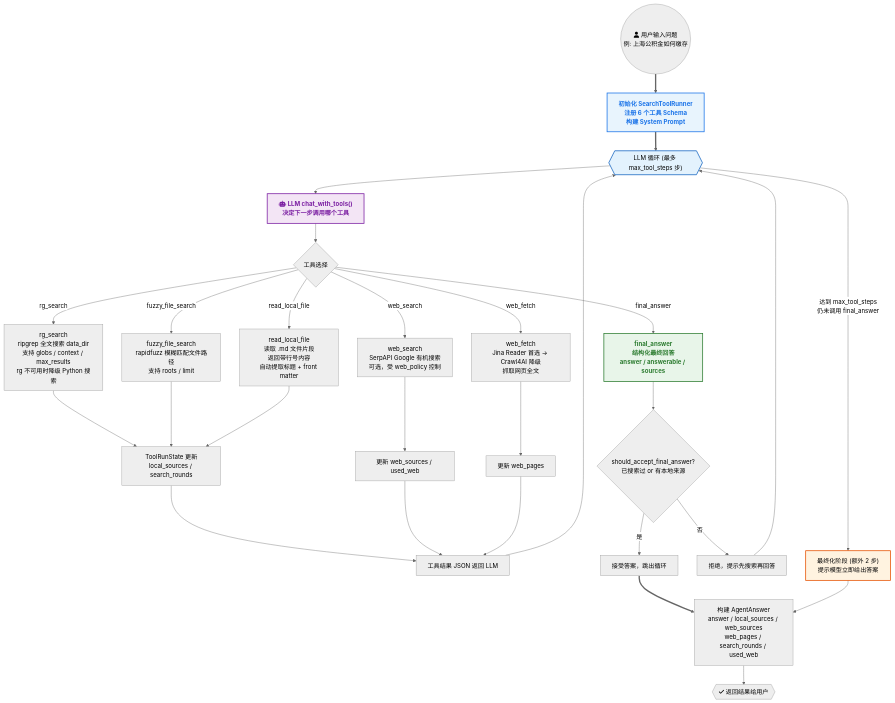
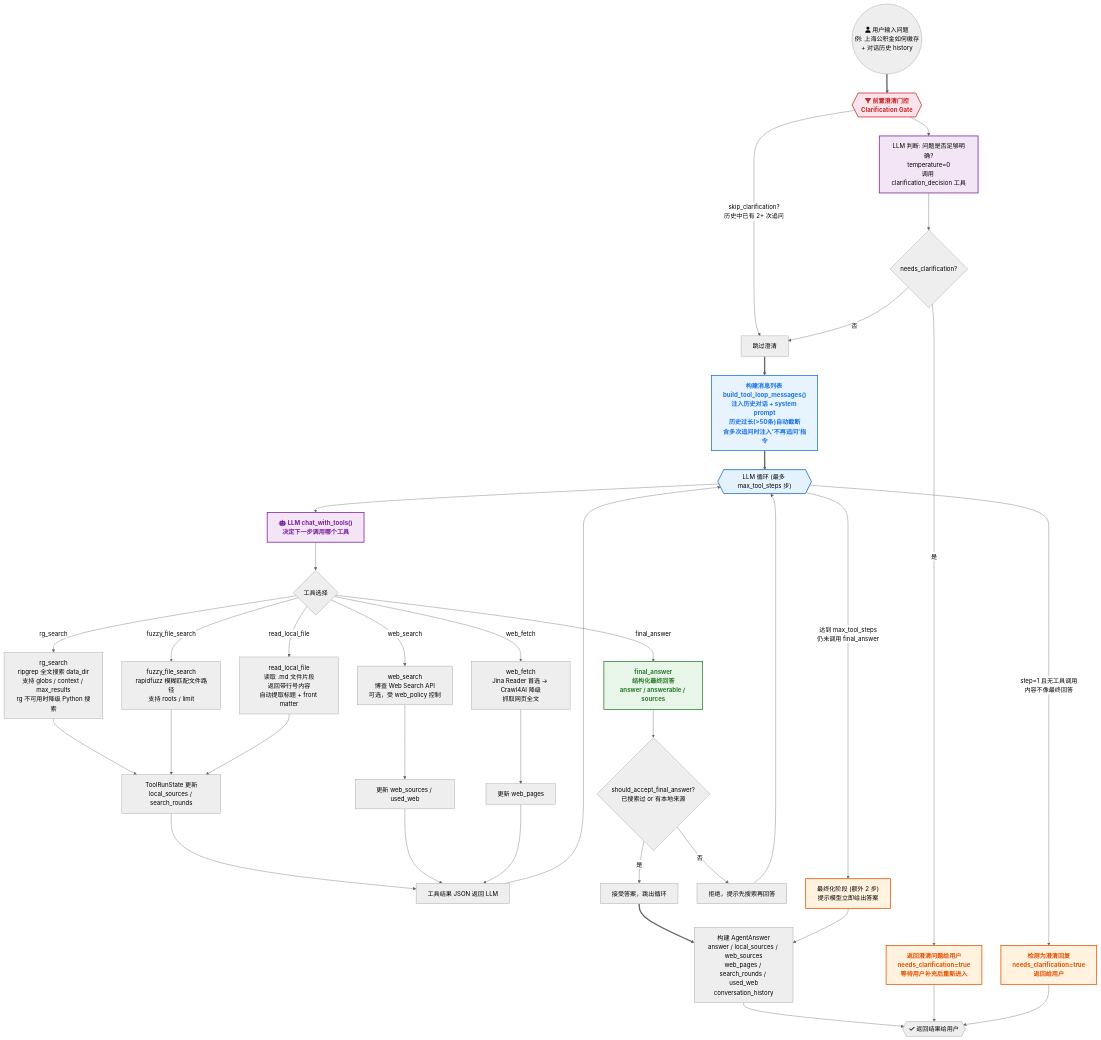
The second of 8 diagrams in 项目流程图.md (taohong000/search_agent), drawn with Mermaid (neutral theme) before and after one commit. The commit also changed other lines of this file and 2 other files, not shown here.

Commit message:
Enhance clarification system prompt to require region for local policy questions and update related tests. Improve flowchart documentation with additional clarification gate and conversation history features.

````diff
--- a/项目流程图.md
+++ b/项目流程图.md
@@ -41,49 +41,67 @@
 ```mermaid
 flowchart TD
-    User(("fa:fa-user 用户输入问题<br>例: 上海公积金如何缴存"))
+    User(("fa:fa-user 用户输入问题<br>例: 上海公积金如何缴存<br>+ 对话历史 history"))
 
-    User ==> Init["初始化 SearchToolRunner<br>注册 6 个工具 Schema<br>构建 System Prompt"]
+    User ==> Gate{{"fa:fa-filter 前置澄清门控<br>Clarification Gate"}}
+
+    Gate -->|"skip_clarification?<br>历史中已有 2+ 次追问"| SkipGate["跳过澄清"]
+    Gate --> GateLLM["LLM 判断: 问题是否足够明确?<br>temperature=0<br>调用 clarification_decision 工具"]
+
+    GateLLM --> GateDecision{"needs_clarification?"}
+    GateDecision -- "是" --> Clarify["返回澄清问题给用户<br>needs_clarification=true<br>等待用户补充后重新进入"]
+    GateDecision -- "否" --> SkipGate
+
+    SkipGate ==> Init["构建消息列表 build_tool_loop_messages()<br>注入历史对话 + system prompt<br>历史过长(>50条)自动截断<br>含多次追问时注入'不再追问'指令"]
 
     Init ==> Loop{{"LLM 循环 (最多 max_tool_steps 步)"}}
 
     Loop --> LLM["fa:fa-robot LLM chat_with_tools()<br>决定下一步调用哪个工具"]
 
     LLM --> ToolChoice{"工具选择"}
 
     ToolChoice -->|"rg_search"| RG["rg_search<br>ripgrep 全文搜索 data_dir<br>支持 globs / context / max_results<br>rg 不可用时降级 Python 搜索"]
     ToolChoice -->|"fuzzy_file_search"| FUZZ["fuzzy_file_search<br>rapidfuzz 模糊匹配文件路径<br>支持 roots / limit"]
     ToolChoice -->|"read_local_file"| READ["read_local_file<br>读取 .md 文件片段<br>返回带行号内容<br>自动提取标题 + front matter"]
-    ToolChoice -->|"web_search"| WS["web_search<br>SerpAPI Google 有机搜索<br>可选，受 web_policy 控制"]
+    ToolChoice -->|"web_search"| WS["web_search<br>博查 Web Search API<br>可选，受 web_policy 控制"]
     ToolChoice -->|"web_fetch"| WF["web_fetch<br>Jina Reader 首选 → Crawl4AI 降级<br>抓取网页全文"]
     ToolChoice -->|"final_answer"| FA["final_answer<br>结构化最终回答<br>answer / answerable / sources"]
 
     RG --> State["ToolRunState 更新<br>local_sources / search_rounds"]
     FUZZ --> State
     READ --> State
     WS --> WSState["更新 web_sources / used_web"]
     WF --> WFState["更新 web_pages"]
 
     State --> Result["工具结果 JSON 返回 LLM"]
     WSState --> Result
     WFState --> Result
 
     Result --> Loop
 
+    Loop -->|"step=1 且无工具调用<br>内容不像最终回答"| Step1Clarify["检测为澄清回复<br>needs_clarification=true<br>返回给用户"]
+
     FA --> Validate{"should_accept_final_answer?<br>已搜索过 or 有本地来源"}
     Validate -- "是" --> Accept["接受答案，跳出循环"]
     Validate -- "否" --> Reject["拒绝，提示先搜索再回答"]
     Reject --> Loop
 
-    Accept ==> Final["构建 AgentAnswer<br>answer / local_sources / web_sources<br>web_pages / search_rounds / used_web"]
+    Accept ==> Final["构建 AgentAnswer<br>answer / local_sources / web_sources<br>web_pages / search_rounds / used_web<br>conversation_history"]
 
     Loop -->|"达到 max_tool_steps<br>仍未调用 final_answer"| FinalPhase["最终化阶段 (额外 2 步)<br>提示模型立即给出答案"]
     FinalPhase --> Final
 
     Final --> Output{{"fa:fa-check 返回结果给用户"}}
 
+    Clarify --> Output
+    Step1Clarify --> Output
+
+    style Gate fill:#fce4ec,stroke:#c62828,stroke-width:2px,color:#c62828,font-weight:bold
+    style GateLLM fill:#f3e5f5,stroke:#7b1fa2,stroke-width:2px
+    style Clarify fill:#fff3e0,stroke:#e65100,stroke-width:2px,color:#e65100,font-weight:bold
+    style Step1Clarify fill:#fff3e0,stroke:#e65100,stroke-width:2px,color:#e65100,font-weight:bold
     style Init fill:#e8f4fd,stroke:#1a73e8,stroke-width:2px,color:#1a73e8,font-weight:bold
     style Loop fill:#e3f2fd,stroke:#1565c0,stroke-width:2px
     style LLM fill:#f3e5f5,stroke:#7b1fa2,stroke-width:2px,color:#7b1fa2,font-weight:bold
     style FA fill:#e8f5e9,stroke:#2e7d32,stroke-width:2px,color:#2e7d32,font-weight:bold
     style FinalPhase fill:#fff3e0,stroke:#e65100,stroke-width:2px
 ```
````
